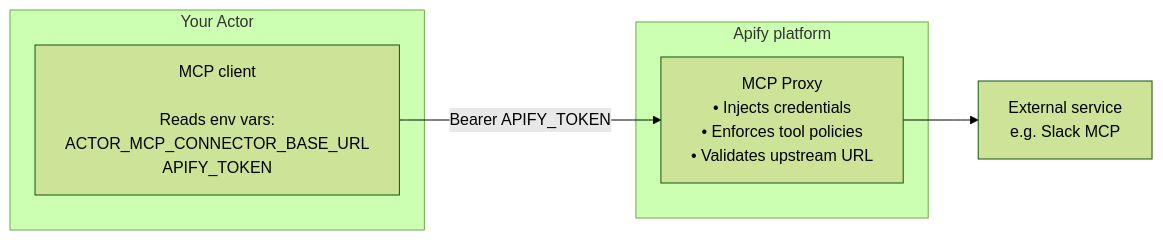
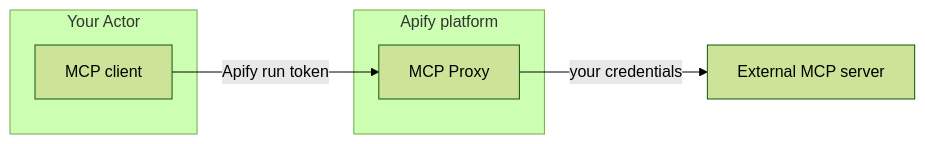
One commit to apify/apify-docs changed the diagram in sources/platform/integrations/ai/mcp-connectors/index.md. Above: the diagram before and after it, drawn with Mermaid (forest theme). The commit also changed other lines of this file and 1 other file, not shown here.

Commit message:
docs: shorten the MCP connector diagram labels

````diff
--- a/sources/platform/integrations/ai/mcp-connectors/index.md
+++ b/sources/platform/integrations/ai/mcp-connectors/index.md
@@ -16,15 +16,18 @@
 ```mermaid
 flowchart LR
+    accTitle: MCP connector request flow
+    accDescr: The MCP client in your Actor calls the MCP Proxy on the Apify platform with its Apify run token. The proxy adds your credentials and forwards the request to the external MCP server.
+
     subgraph actor [Your Actor]
-        client["MCP client<br/><br/>Reads env vars:<br/>ACTOR_MCP_CONNECTOR_BASE_URL<br/>APIFY_TOKEN"]
+        client[MCP client]
     end
 
     subgraph platform [Apify platform]
-        proxy["MCP Proxy<br/>• Injects credentials<br/>• Enforces tool policies<br/>• Validates upstream URL"]
+        proxy[MCP Proxy]
     end
 
-    external["External service<br/>e.g. Slack MCP"]
+    external[External MCP server]
 
-    client -- "Bearer APIFY_TOKEN" --> proxy
-    proxy --> external
+    client -- Apify run token --> proxy
+    proxy -- your credentials --> external
 ```
````
